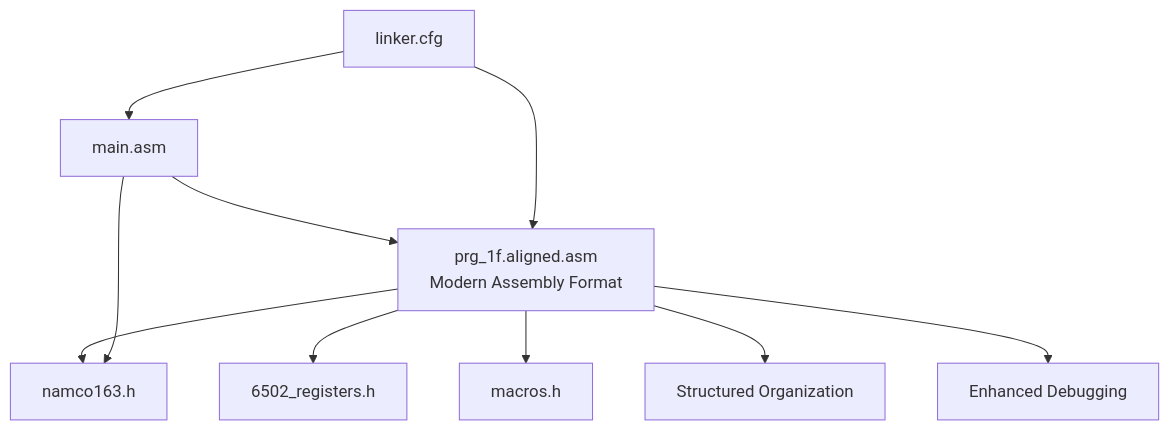
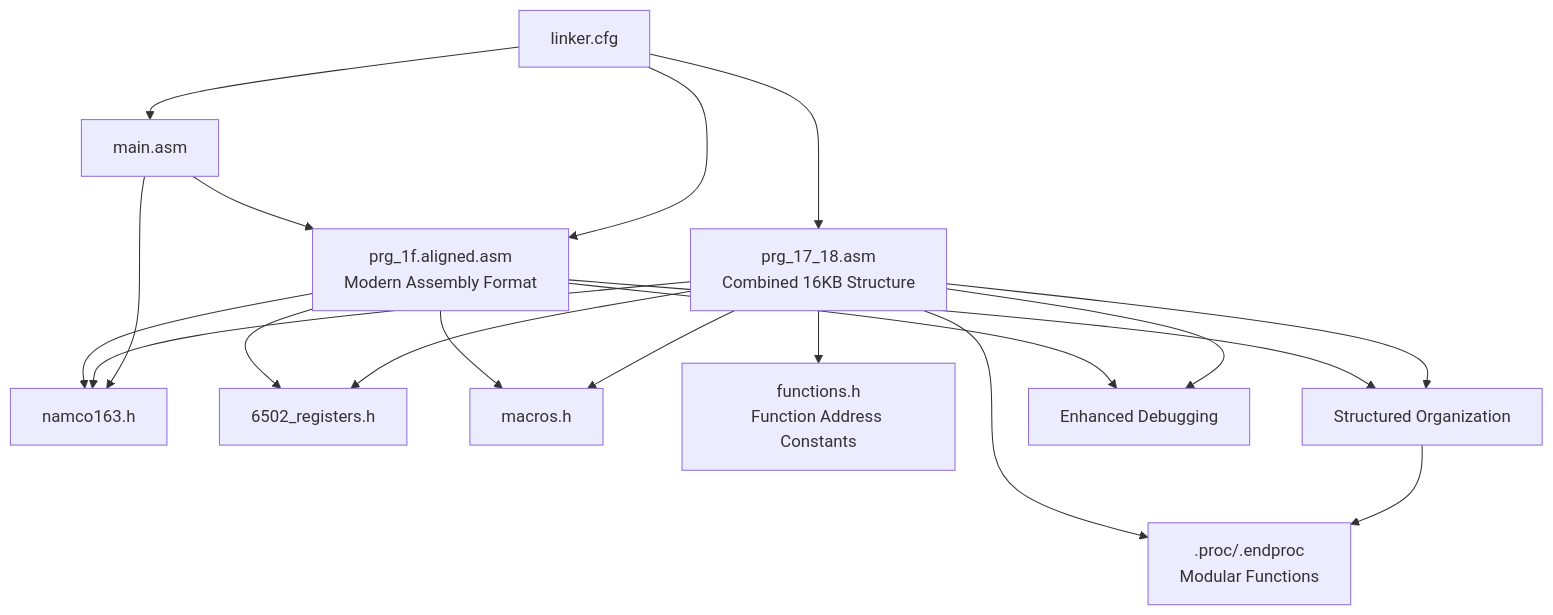
Before and after one commit to rabbyzero/sango2dasm: the tenth of 10 diagrams in .qoder/repowiki/en/content/Assembly Architecture/Assembly Architecture.md, drawn with Mermaid. The commit also changed other lines of this file and 20 other files, not shown here.

````diff
--- a/.qoder/repowiki/en/content/Assembly Architecture/Assembly Architecture.md
+++ b/.qoder/repowiki/en/content/Assembly Architecture/Assembly Architecture.md
@@ -445,12 +552,21 @@
 ```mermaid
 graph TB
 ALIGNED["prg_1f.aligned.asm<br/>Modern Assembly Format"] --> NAMCO["namco163.h"]
 ALIGNED --> REGS["6502_registers.h"]
 ALIGNED --> MACROS["macros.h"]
+COMBINED["prg_17_18.asm<br/>Combined 16KB Structure"] --> NAMCO
+COMBINED --> REGS
+COMBINED --> MACROS
+COMBINED --> FUNCTIONS["functions.h<br/>Function Address Constants"]
 MAIN["main.asm"] --> ALIGNED
 MAIN --> NAMCO
 LCFG["linker.cfg"] --> ALIGNED
+LCFG --> COMBINED
 LCFG --> MAIN
 ALIGNED --> STRUCT["Structured Organization"]
+COMBINED --> STRUCT
 ALIGNED --> DEBUG["Enhanced Debugging"]
+COMBINED --> DEBUG
+COMBINED --> PROC[".proc/.endproc<br/>Modular Functions"]
+STRUCT --> PROC
 ```
````
